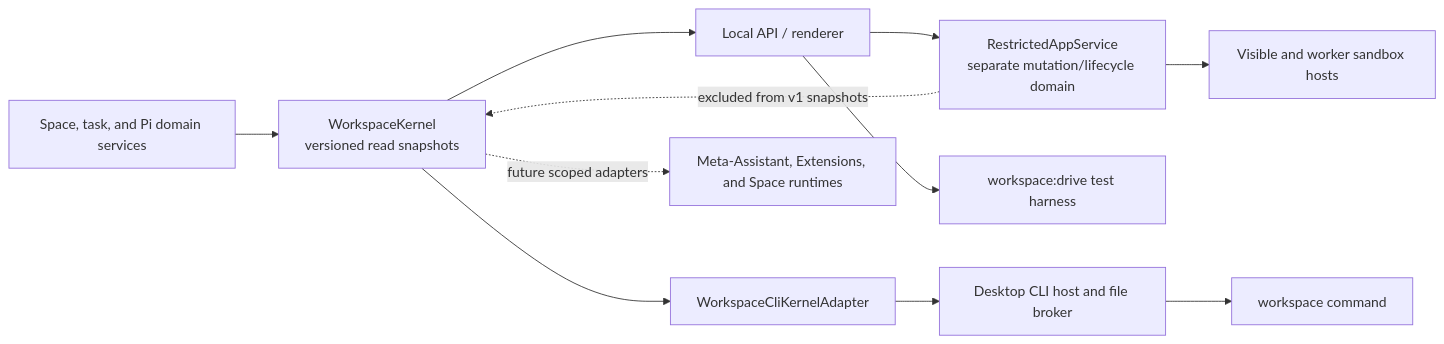
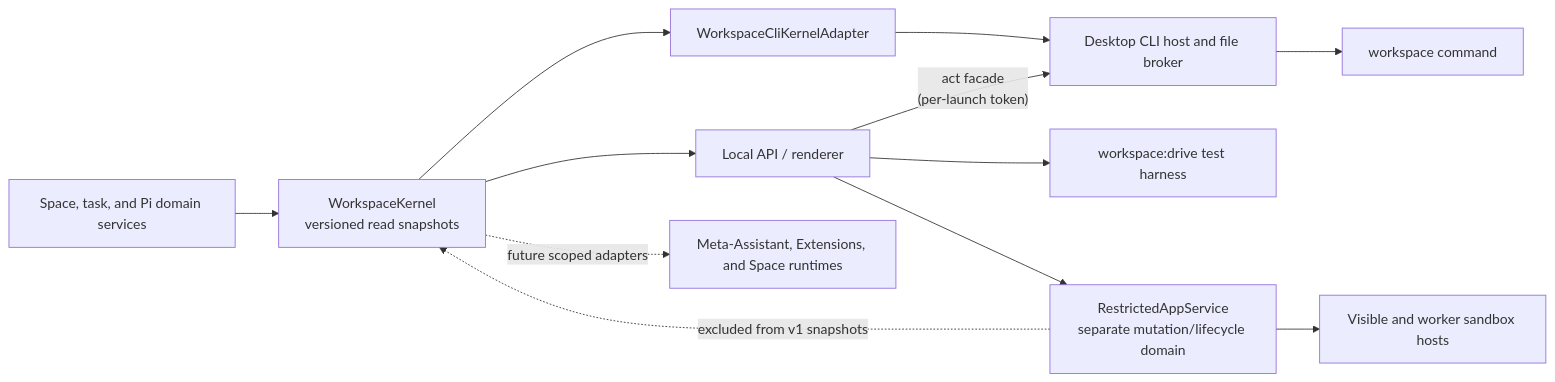
The diagram in docs/management-layer.md (Mat-Tom-Son/work-fold), drawn with Mermaid before and after one commit. The commit also changed other lines of this file and 5 other files, not shown here.

````diff
--- a/docs/management-layer.md
+++ b/docs/management-layer.md
@@ -18,13 +18,14 @@
 ```mermaid
 flowchart LR
   domains["Space, task, and Pi domain services"] --> kernel["WorkspaceKernel<br/>versioned read snapshots"]
   kernel --> api["Local API / renderer"]
   kernel --> adapter["WorkspaceCliKernelAdapter"]
   adapter --> host["Desktop CLI host and file broker"]
   host --> command["workspace command"]
+  api -- "act facade<br/>(per-launch token)" --> host
   api --> driver["workspace:drive test harness"]
   kernel -. "future scoped adapters" .-> future["Meta-Assistant, Extensions, and Space runtimes"]
   api --> restricted["RestrictedAppService<br/>separate mutation/lifecycle domain"]
   restricted --> sandboxes["Visible and worker sandbox hosts"]
   restricted -. "excluded from v1 snapshots" .-> kernel
 ```
````
